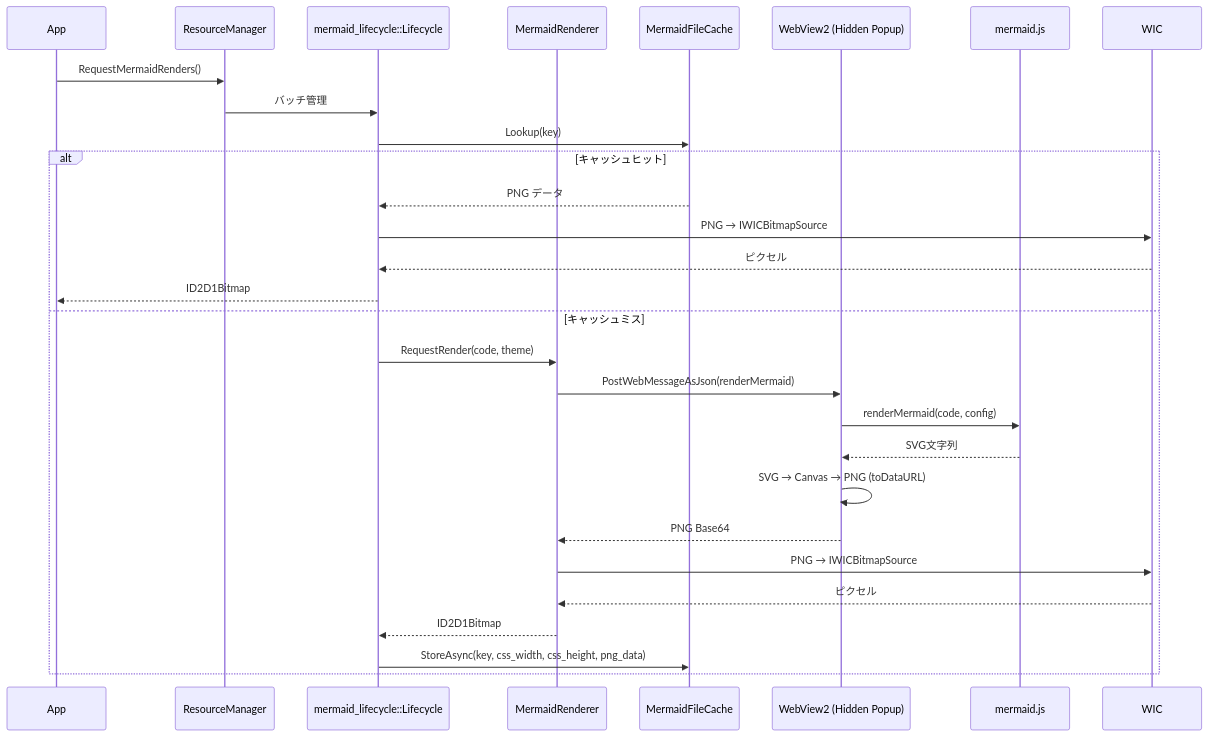
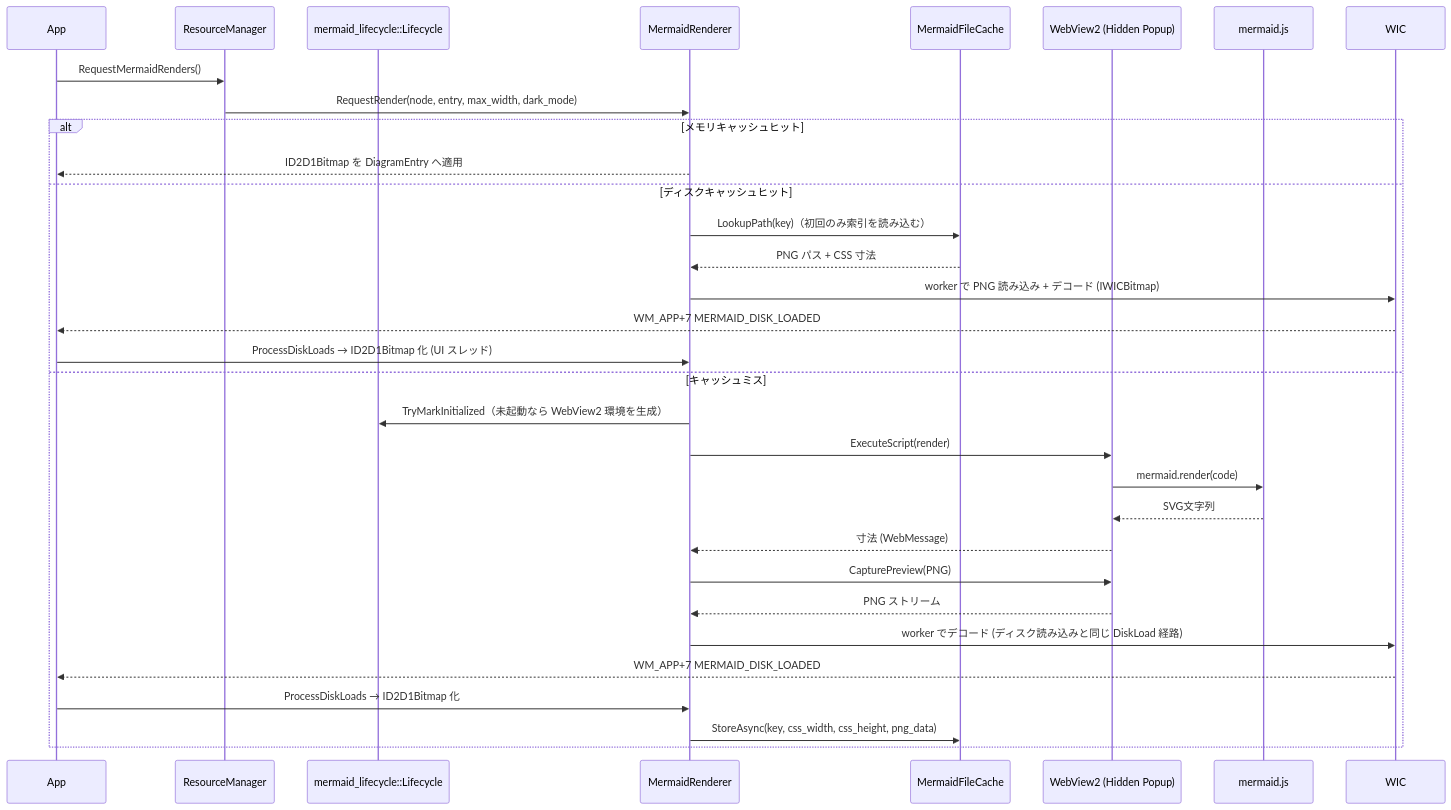
Diagram 11 of 27 in example/test.md (tanaton/mendo), drawn with Mermaid before and after one commit. The commit also changed other lines of this file and 149 other files, not shown here.

````diff
--- a/example/test.md
+++ b/example/test.md
@@ -1404,32 +1425,35 @@
 ```mermaid
 sequenceDiagram
     participant APP as App
     participant RM as ResourceManager
     participant ML as mermaid_lifecycle::Lifecycle
     participant MR as MermaidRenderer
     participant FC as MermaidFileCache
     participant WV as WebView2 (Hidden Popup)
     participant JS as mermaid.js
     participant WIC as WIC
 
     APP->>RM: RequestMermaidRenders()
-    RM->>ML: バッチ管理
-    ML->>FC: Lookup(key)
-    alt キャッシュヒット
-        FC-->>ML: PNG データ
-        ML->>WIC: PNG → IWICBitmapSource
-        WIC-->>ML: ピクセル
-        ML-->>APP: ID2D1Bitmap
+    RM->>MR: RequestRender(node, entry, max_width, dark_mode)
+    alt メモリキャッシュヒット
+        MR-->>APP: ID2D1Bitmap を DiagramEntry へ適用
+    else ディスクキャッシュヒット
+        MR->>FC: LookupPath(key)（初回のみ索引を読み込む）
+        FC-->>MR: PNG パス + CSS 寸法
+        MR->>WIC: worker で PNG 読み込み + デコード (IWICBitmap)
+        WIC-->>APP: WM_APP+7 MERMAID_DISK_LOADED
+        APP->>MR: ProcessDiskLoads → ID2D1Bitmap 化 (UI スレッド)
     else キャッシュミス
-        ML->>MR: RequestRender(code, theme)
-        MR->>WV: PostWebMessageAsJson(renderMermaid)
-        WV->>JS: renderMermaid(code, config)
+        MR->>ML: TryMarkInitialized（未起動なら WebView2 環境を生成）
+        MR->>WV: ExecuteScript(render)
+        WV->>JS: mermaid.render(code)
         JS-->>WV: SVG文字列
-        WV->>WV: SVG → Canvas → PNG (toDataURL)
-        WV-->>MR: PNG Base64
-        MR->>WIC: PNG → IWICBitmapSource
-        WIC-->>MR: ピクセル
-        MR-->>ML: ID2D1Bitmap
-        ML->>FC: StoreAsync(key, css_width, css_height, png_data)
+        WV-->>MR: 寸法 (WebMessage)
+        MR->>WV: CapturePreview(PNG)
+        WV-->>MR: PNG ストリーム
+        MR->>WIC: worker でデコード (ディスク読み込みと同じ DiskLoad 経路)
+        WIC-->>APP: WM_APP+7 MERMAID_DISK_LOADED
+        APP->>MR: ProcessDiskLoads → ID2D1Bitmap 化
+        MR->>FC: StoreAsync(key, css_width, css_height, png_data)
     end
 ```
````
